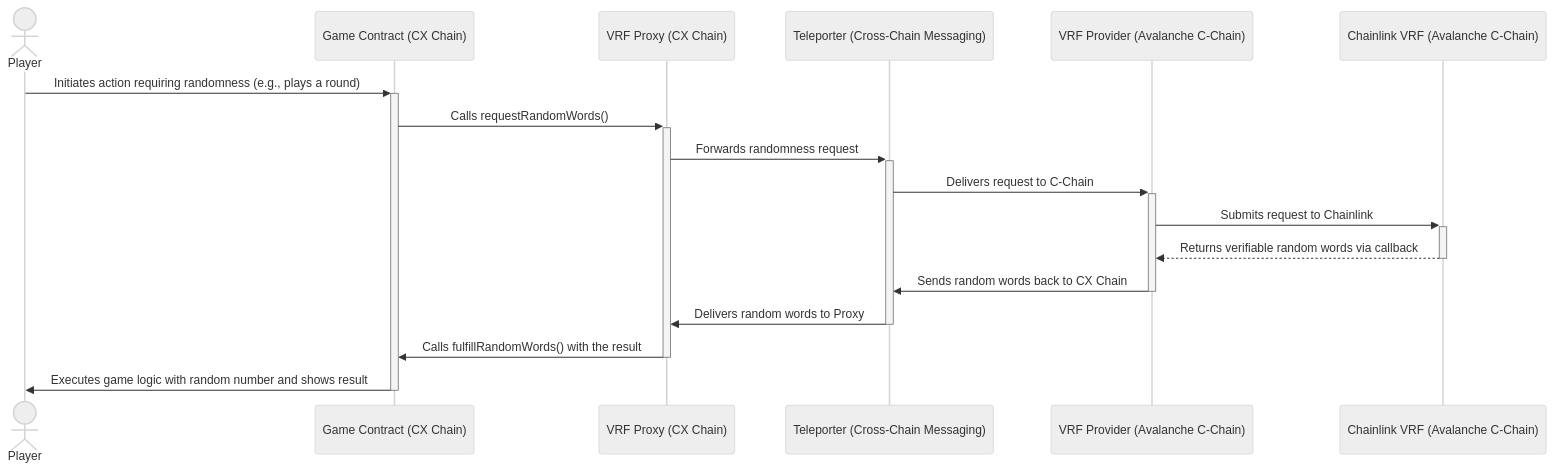
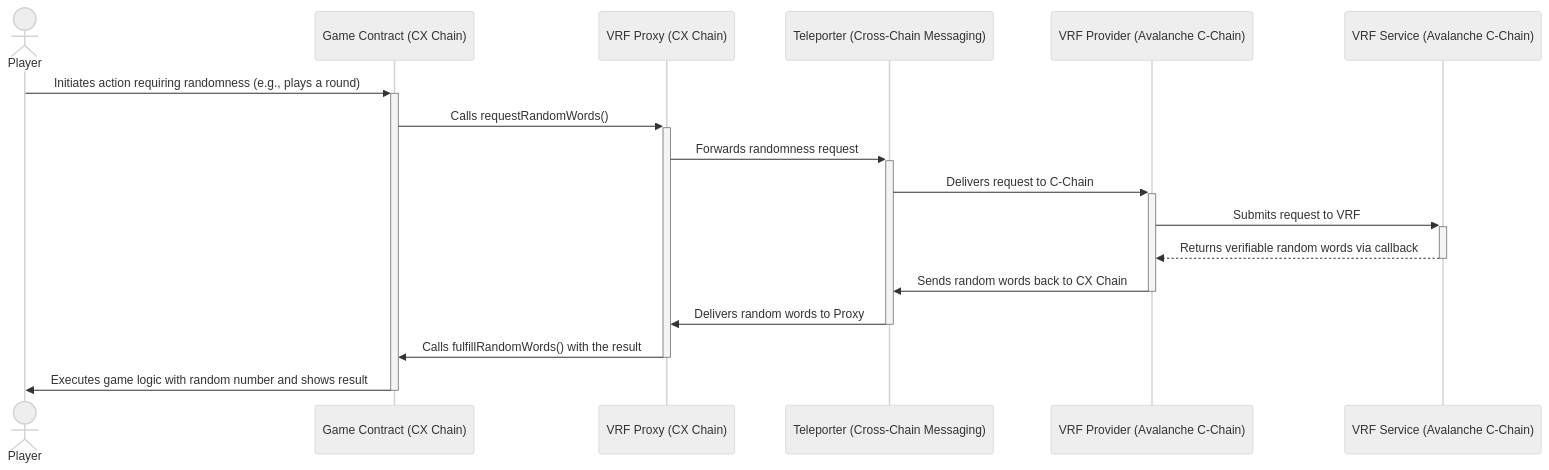
One commit to AltitudeDP/cx-chain-docs changed the diagram in docs/tutorial-basics/cx-chain-vrf.md. Above: the diagram before and after it, drawn with Mermaid (neutral theme). The commit also changed other lines of this file, not shown here.

Commit message:
docs: remove Chainlink references from VRF documentation, keep only VRF functionality

````diff
--- a/docs/tutorial-basics/cx-chain-vrf.md
+++ b/docs/tutorial-basics/cx-chain-vrf.md
@@ -27,24 +27,24 @@
 ```mermaid
 sequenceDiagram
     actor Player
     participant GameContract as Game Contract (CX Chain)
     participant VRFProxy as VRF Proxy (CX Chain)
     participant Teleporter as Teleporter (Cross-Chain Messaging)
     participant VRFProvider as VRF Provider (Avalanche C-Chain)
-    participant ChainlinkVRF as Chainlink VRF (Avalanche C-Chain)
+    participant VRFSC as VRF Service (Avalanche C-Chain)
 
     Player->>+GameContract: Initiates action requiring randomness (e.g., plays a round)
     GameContract->>+VRFProxy: Calls requestRandomWords()
     VRFProxy->>+Teleporter: Forwards randomness request
     Teleporter->>+VRFProvider: Delivers request to C-Chain
-    VRFProvider->>+ChainlinkVRF: Submits request to Chainlink
+    VRFProvider->>+VRFSC: Submits request to VRF
     
-    %% Chainlink generates the random number off-chain and sends it back in a separate transaction %%
+    %% VRF generates the random number off-chain and sends it back in a separate transaction %%
     
-    ChainlinkVRF-->>-VRFProvider: Returns verifiable random words via callback
+    VRFSC-->>-VRFProvider: Returns verifiable random words via callback
     VRFProvider->>-Teleporter: Sends random words back to CX Chain
     Teleporter->>-VRFProxy: Delivers random words to Proxy
     VRFProxy->>-GameContract: Calls fulfillRandomWords() with the result
     GameContract->>-Player: Executes game logic with random number and shows result
 
 ```
````
